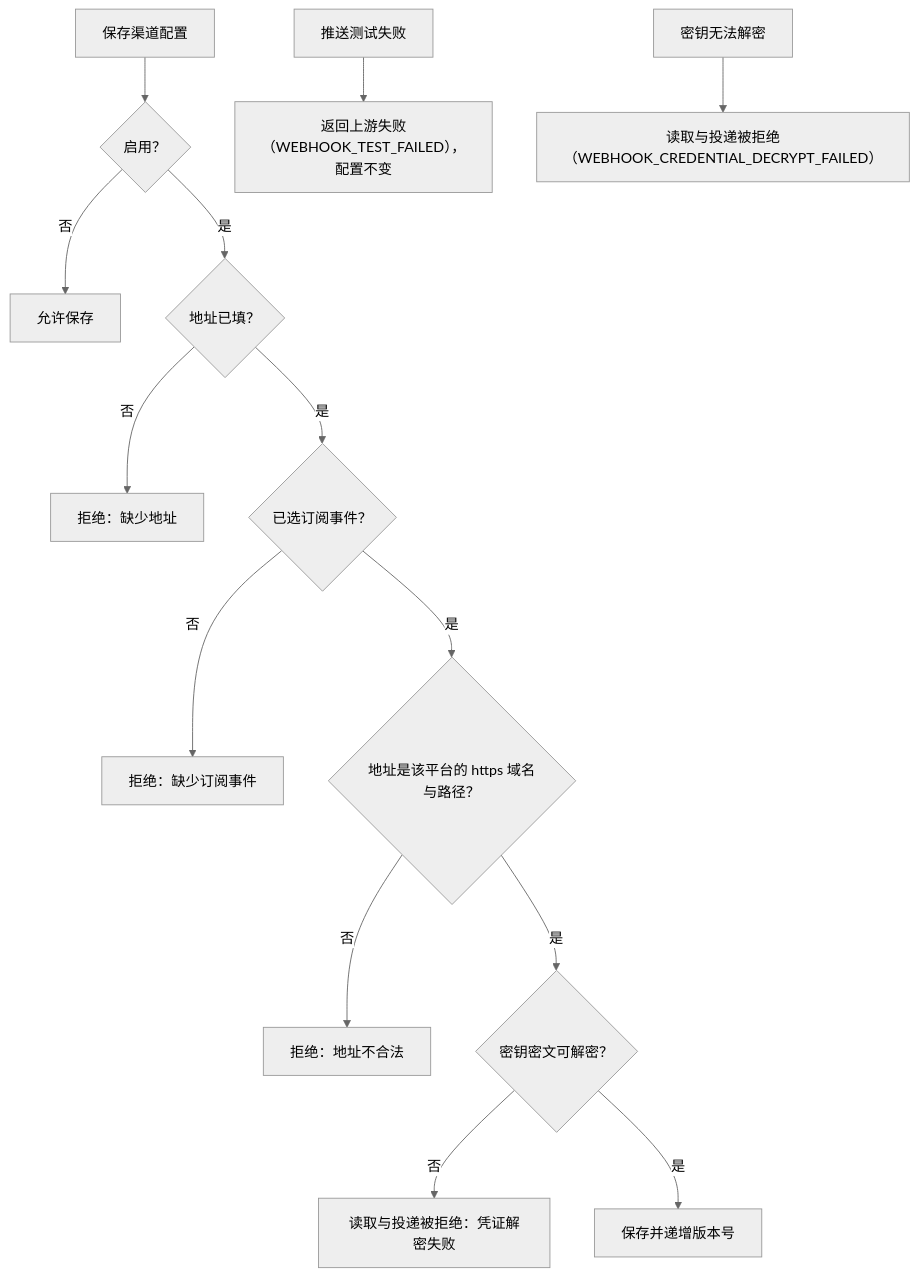
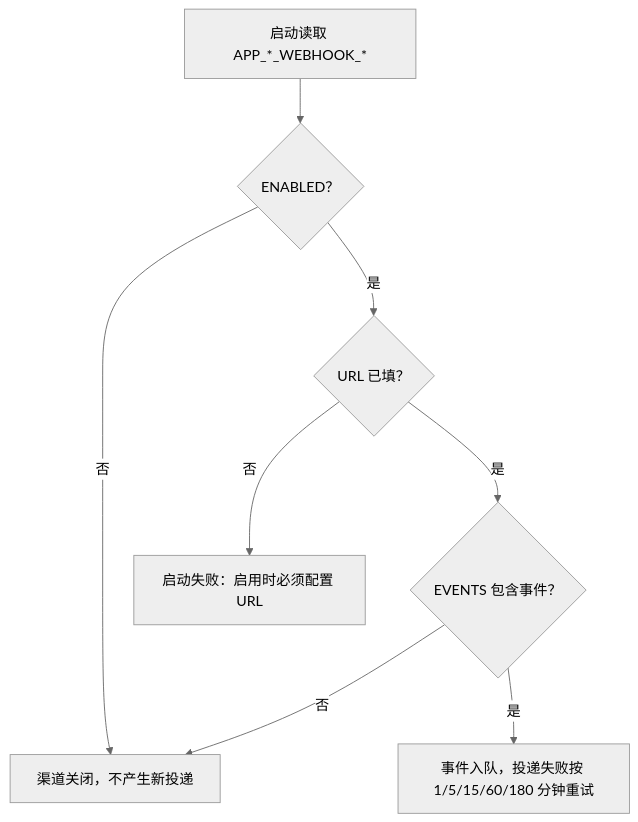
Before and after one commit to Sakana-1314/Electrical-Manager: diagram 17 of 24 in docs/websites/pages/dev-state-machines.md, drawn with Mermaid (neutral theme). The commit also changed other lines of this file and 74 other files, not shown here.

````diff
--- a/docs/websites/pages/dev-state-machines.md
+++ b/docs/websites/pages/dev-state-machines.md
@@ -306,16 +306,10 @@
 ```mermaid
 flowchart TD
-    A["保存渠道配置"] --> B{"启用？"}
-    B -- "否" --> OK["允许保存"]
-    B -- "是" --> C{"地址已填？"}
-    C -- "否" --> N1["拒绝：缺少地址"]
-    C -- "是" --> D{"已选订阅事件？"}
-    D -- "否" --> N2["拒绝：缺少订阅事件"]
-    D -- "是" --> E{"地址是该平台的 https 域名与路径？"}
-    E -- "否" --> N3["拒绝：地址不合法"]
-    E -- "是" --> F{"密钥密文可解密？"}
-    F -- "否" --> N4["读取与投递被拒绝：凭证解密失败"]
-    F -- "是" --> OK2["保存并递增版本号"]
-    G["推送测试失败"] --> N5["返回上游失败（WEBHOOK_TEST_FAILED），配置不变"]
-    H["密钥无法解密"] --> N6["读取与投递被拒绝（WEBHOOK_CREDENTIAL_DECRYPT_FAILED）"]
+    A["启动读取 APP_*_WEBHOOK_*"] --> B{"ENABLED？"}
+    B -- "否" --> D["渠道关闭，不产生新投递"]
+    B -- "是" --> C{"URL 已填？"}
+    C -- "否" --> N1["启动失败：启用时必须配置 URL"]
+    C -- "是" --> E{"EVENTS 包含事件？"}
+    E -- "否" --> D
+    E -- "是" --> F["事件入队，投递失败按 1/5/15/60/180 分钟重试"]
 ```
````
